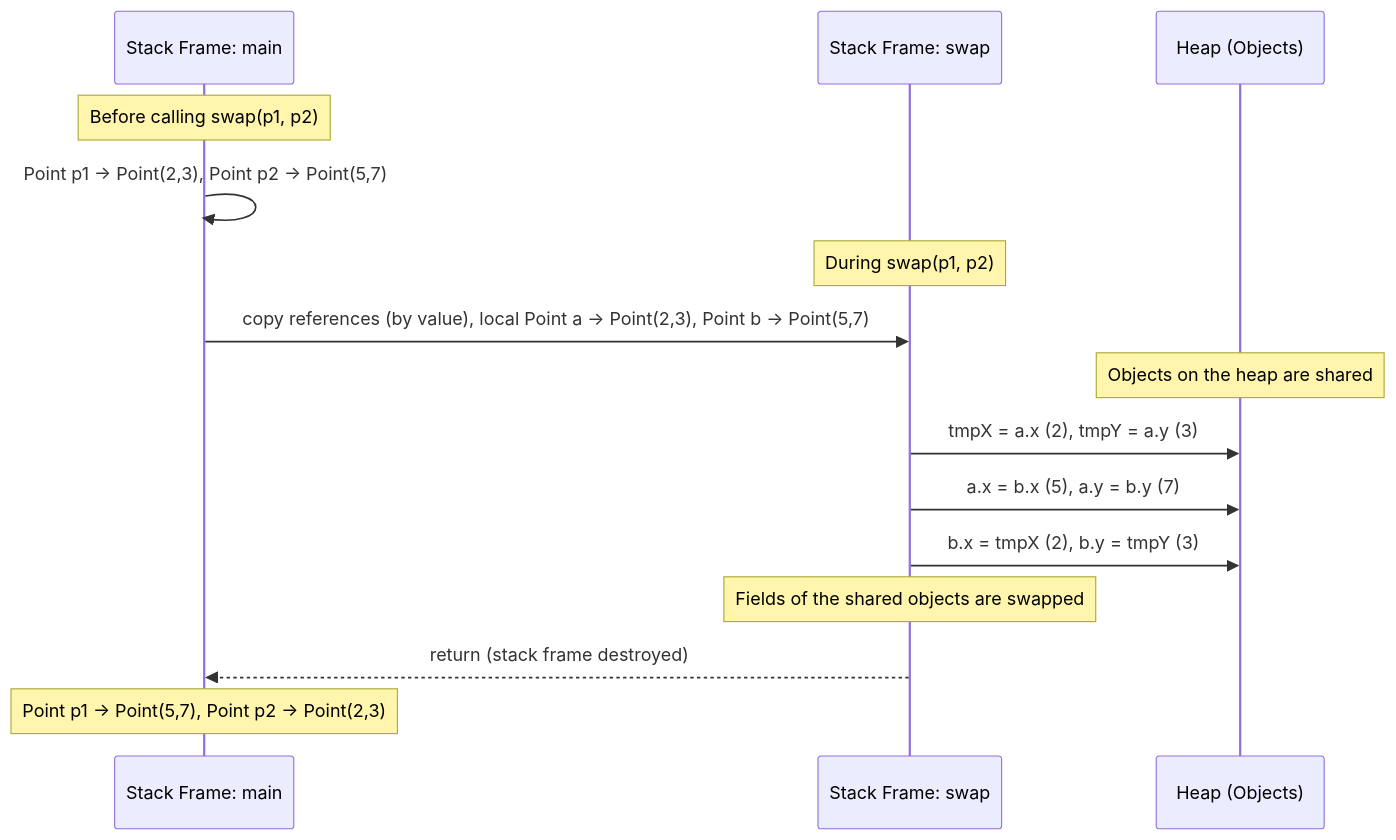
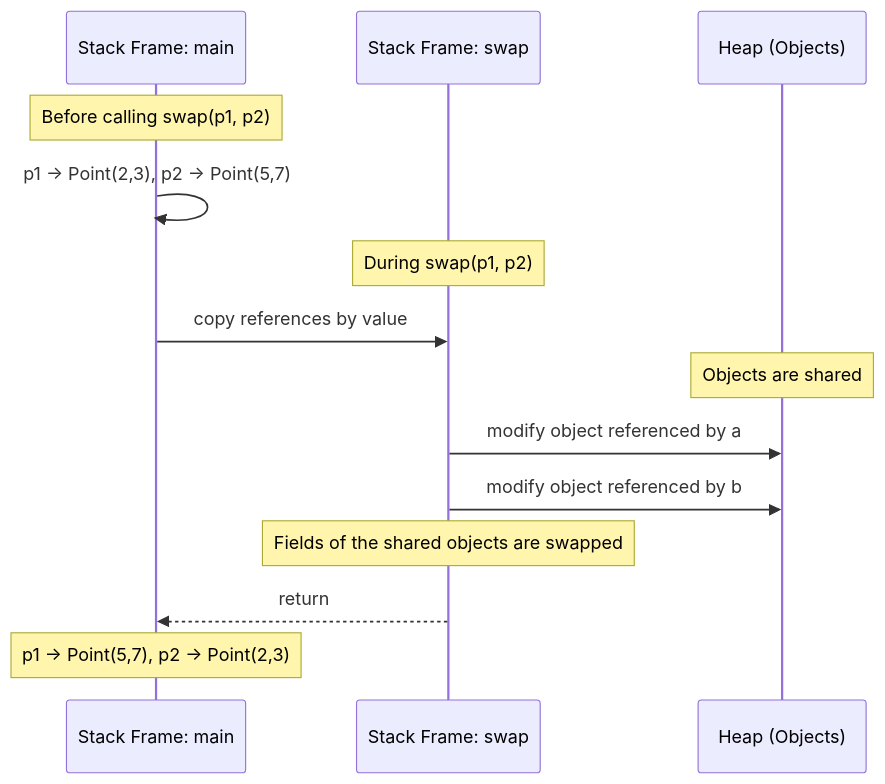
One commit to nbicocchi/learn-java-core changed the fourth of 5 diagrams in slides/E2.1 - Java Basics.md. Above: the diagram before and after it, drawn with Mermaid. The commit also changed other lines of this file, not shown here.

````diff
--- a/slides/E2.1 - Java Basics.md
+++ b/slides/E2.1 - Java Basics.md
@@ -443,22 +453,21 @@
 ```mermaid
 sequenceDiagram
     participant MainStack as Stack Frame: main
     participant SwapStack as Stack Frame: swap
     participant Heap as Heap (Objects)
 
     Note over MainStack: Before calling swap(p1, p2)
-    MainStack->>MainStack: Point p1 -> Point(2,3), Point p2 -> Point(5,7)
+    MainStack->>MainStack: p1 -> Point(2,3), p2 -> Point(5,7)
 
     Note over SwapStack: During swap(p1, p2)
-    MainStack->>SwapStack: copy references (by value), local Point a ->  Point(2,3), Point b -> Point(5,7)
+    MainStack->>SwapStack: copy references by value
 
-    Note over Heap: Objects on the heap are shared
-    SwapStack->>Heap: tmpX = a.x (2), tmpY = a.y (3)
-    SwapStack->>Heap: a.x = b.x (5), a.y = b.y (7)
-    SwapStack->>Heap: b.x = tmpX (2), b.y = tmpY (3)
+    Note over Heap: Objects are shared
+    SwapStack->>Heap: modify object referenced by a
+    SwapStack->>Heap: modify object referenced by b
 
     Note over SwapStack: Fields of the shared objects are swapped
-    SwapStack-->>MainStack: return (stack frame destroyed)
+    SwapStack-->>MainStack: return
 
-    Note over MainStack: Point p1 -> Point(5,7), Point p2 -> Point(2,3)
+    Note over MainStack: p1 -> Point(5,7), p2 -> Point(2,3)
 ```
````
